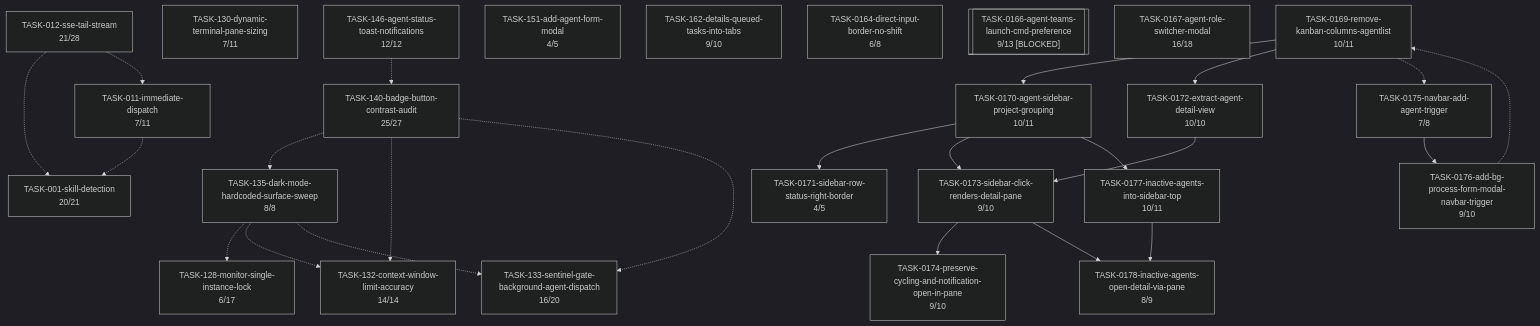
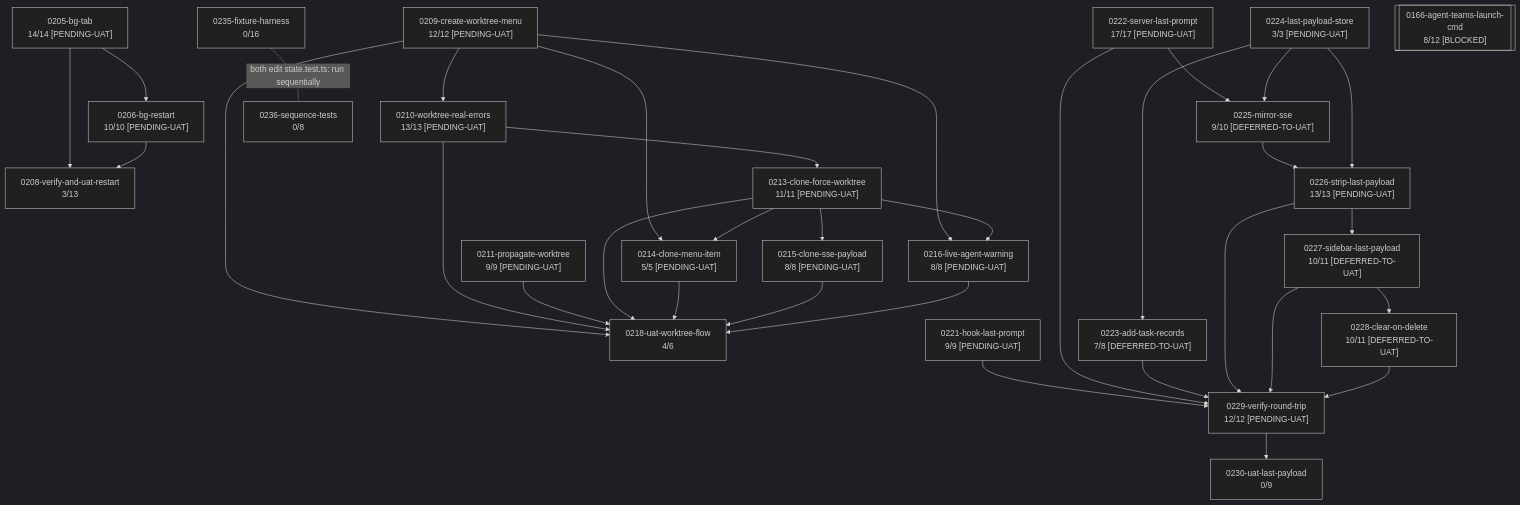
Before and after one commit to codewizard-dt/tmux-conductor: the diagram in wiki/work/tasks/dependency-graph.md, drawn with Mermaid (dark theme). The commit also changed other lines of this file and 160 other files, not shown here.

Commit message:
[minor] Complete background process management, agent sidebar redesign, and last-payload tracking (10 roadmap tasks)

````diff
--- a/wiki/work/tasks/dependency-graph.md
+++ b/wiki/work/tasks/dependency-graph.md
@@ -10,52 +12,63 @@
 ```mermaid
 graph TD
-  TASK001["TASK-001-skill-detection<br/>20/21"]
-  TASK011["TASK-011-immediate-dispatch<br/>7/11"]
-  TASK012["TASK-012-sse-tail-stream<br/>21/28"]
-  TASK128["TASK-128-monitor-single-instance-lock<br/>6/17"]
-  TASK130["TASK-130-dynamic-terminal-pane-sizing<br/>7/11"]
-  TASK132["TASK-132-context-window-limit-accuracy<br/>14/14"]
-  TASK133["TASK-133-sentinel-gate-background-agent-dispatch<br/>16/20"]
-  TASK135["TASK-135-dark-mode-hardcoded-surface-sweep<br/>8/8"]
-  TASK140["TASK-140-badge-button-contrast-audit<br/>25/27"]
-  TASK146["TASK-146-agent-status-toast-notifications<br/>12/12"]
-  TASK151["TASK-151-add-agent-form-modal<br/>4/5"]
-  TASK162["TASK-162-details-queued-tasks-into-tabs<br/>9/10"]
-  TASK0164["TASK-0164-direct-input-border-no-shift<br/>6/8"]
-  TASK0166[["TASK-0166-agent-teams-launch-cmd-preference<br/>9/13 [BLOCKED]"]]
-  TASK0167["TASK-0167-agent-role-switcher-modal<br/>16/18"]
-  TASK0169["TASK-0169-remove-kanban-columns-agentlist<br/>10/11"]
-  TASK0170["TASK-0170-agent-sidebar-project-grouping<br/>10/11"]
-  TASK0171["TASK-0171-sidebar-row-status-right-border<br/>4/5"]
-  TASK0172["TASK-0172-extract-agent-detail-view<br/>10/10"]
-  TASK0173["TASK-0173-sidebar-click-renders-detail-pane<br/>9/10"]
-  TASK0174["TASK-0174-preserve-cycling-and-notification-open-in-pane<br/>9/10"]
-  TASK0175["TASK-0175-navbar-add-agent-trigger<br/>7/8"]
-  TASK0176["TASK-0176-add-bg-process-form-modal-navbar-trigger<br/>9/10"]
-  TASK0177["TASK-0177-inactive-agents-into-sidebar-top<br/>10/11"]
-  TASK0178["TASK-0178-inactive-agents-open-detail-via-pane<br/>8/9"]
+  0205["0205-bg-tab<br/>14/14 [PENDING-UAT]"]
+  0206["0206-bg-restart<br/>10/10 [PENDING-UAT]"]
+  0208["0208-verify-and-uat-restart<br/>3/13"]
+  0205 --> 0206
+  0205 --> 0208
+  0206 --> 0208
 
-  TASK0169 --> TASK0170
-  TASK0169 --> TASK0172
-  TASK0170 --> TASK0171
-  TASK0170 --> TASK0173
-  TASK0170 --> TASK0177
-  TASK0172 --> TASK0173
-  TASK0173 --> TASK0174
-  TASK0173 --> TASK0178
-  TASK0175 --> TASK0176
-  TASK0177 --> TASK0178
+  0209["0209-create-worktree-menu<br/>12/12 [PENDING-UAT]"]
+  0210["0210-worktree-real-errors<br/>13/13 [PENDING-UAT]"]
+  0211["0211-propagate-worktree<br/>9/9 [PENDING-UAT]"]
+  0213["0213-clone-force-worktree<br/>11/11 [PENDING-UAT]"]
+  0214["0214-clone-menu-item<br/>5/5 [PENDING-UAT]"]
+  0215["0215-clone-sse-payload<br/>8/8 [PENDING-UAT]"]
+  0216["0216-live-agent-warning<br/>8/8 [PENDING-UAT]"]
+  0218["0218-uat-worktree-flow<br/>4/6"]
+  0209 --> 0210
+  0210 --> 0213
+  0209 --> 0214
+  0209 --> 0216
+  0213 --> 0214
+  0213 --> 0215
+  0213 --> 0216
+  0209 --> 0218
+  0210 --> 0218
+  0211 --> 0218
+  0213 --> 0218
+  0214 --> 0218
+  0215 --> 0218
+  0216 --> 0218
 
-  TASK011 -.-> TASK001
-  TASK012 -.-> TASK001
-  TASK012 -.-> TASK011
-  TASK135 -.-> TASK128
-  TASK135 -.-> TASK132
-  TASK135 -.-> TASK133
-  TASK140 -.-> TASK135
-  TASK140 -.-> TASK132
-  TASK140 -.-> TASK133
-  TASK146 -.-> TASK140
-  TASK0169 -.-> TASK0175
-  TASK0176 -.-> TASK0169
+  0221["0221-hook-last-prompt<br/>9/9 [PENDING-UAT]"]
+  0222["0222-server-last-prompt<br/>17/17 [PENDING-UAT]"]
+  0223["0223-add-task-records<br/>7/8 [DEFERRED-TO-UAT]"]
+  0224["0224-last-payload-store<br/>3/3 [PENDING-UAT]"]
+  0225["0225-mirror-sse<br/>9/10 [DEFERRED-TO-UAT]"]
+  0226["0226-strip-last-payload<br/>13/13 [PENDING-UAT]"]
+  0227["0227-sidebar-last-payload<br/>10/11 [DEFERRED-TO-UAT]"]
+  0228["0228-clear-on-delete<br/>10/11 [DEFERRED-TO-UAT]"]
+  0229["0229-verify-round-trip<br/>12/12 [PENDING-UAT]"]
+  0230["0230-uat-last-payload<br/>0/9"]
+  0224 --> 0223
+  0222 --> 0225
+  0224 --> 0225
+  0225 --> 0226
+  0224 --> 0226
+  0226 --> 0227
+  0227 --> 0228
+  0221 --> 0229
+  0222 --> 0229
+  0223 --> 0229
+  0226 --> 0229
+  0227 --> 0229
+  0228 --> 0229
+  0229 --> 0230
+
+  0235["0235-fixture-harness<br/>0/16"]
+  0236["0236-sequence-tests<br/>0/8"]
+  0235 -.-|"both edit state.test.ts: run sequentially"| 0236
+
+  0166[["0166-agent-teams-launch-cmd<br/>8/12 [BLOCKED]"]]
 ```
````
